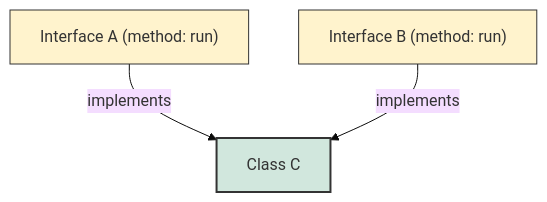
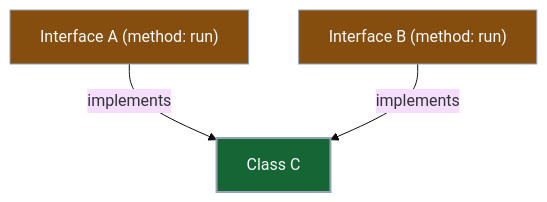
The second of 3 diagrams in _posts/java/06-Polymorphism-다형성/2026-01-04-인터페이스.md (Kang-Hyesung/kang-hyesung.github.io), drawn with Mermaid (base theme) before and after one commit. The commit also changed other lines of this file and 74 other files, not shown here.

Commit message:
docs: update post visibility and mermaid colors

````diff
--- a/_posts/java/06-Polymorphism-다형성/2026-01-04-인터페이스.md
+++ b/_posts/java/06-Polymorphism-다형성/2026-01-04-인터페이스.md
@@ -53,10 +53,10 @@
 ```mermaid
 graph TD
     A["Interface A (method: run)"] -->|implements| C["Class C"]
     B["Interface B (method: run)"] -->|implements| C
     
-    style A fill:#fff3cd,stroke:#333
-    style B fill:#fff3cd,stroke:#333
-    style C fill:#d1e7dd,stroke:#333,stroke-width:2px
+    style A fill:#854d0e,stroke:#94a3b8,color:#f8fafc
+    style B fill:#854d0e,stroke:#94a3b8,color:#f8fafc
+    style C fill:#166534,stroke:#94a3b8,stroke-width:2px,color:#f8fafc
 
 ```
````
